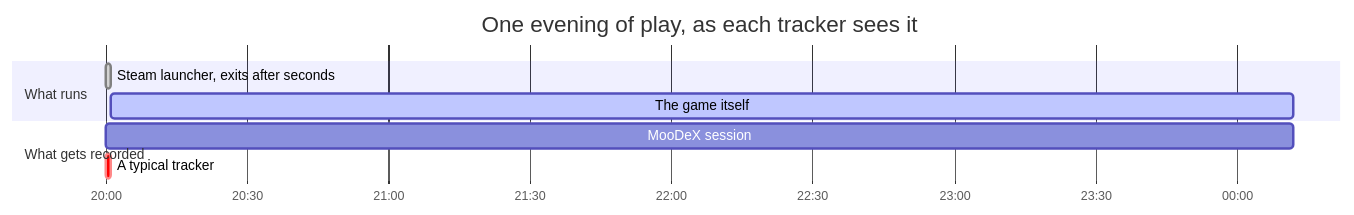
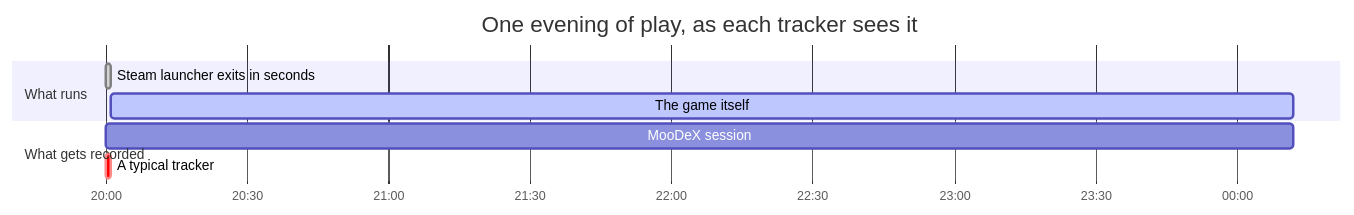
One commit to InoshMatheesha/MooDeX changed the first of 2 diagrams in README.md. Above: the diagram before and after it, drawn with Mermaid.

Commit message:
README: avoid a comma in a Mermaid task name

````diff
--- a/README.md
+++ b/README.md
@@ -65,12 +65,12 @@
 ```mermaid
 gantt
     title One evening of play, as each tracker sees it
     dateFormat HH:mm
     axisFormat %H:%M
     section What runs
-    Steam launcher, exits after seconds :done, a1, 20:00, 1m
+    Steam launcher exits in seconds     :done, a1, 20:00, 1m
     The game itself                     :active, a2, 20:01, 251m
     section What gets recorded
     MooDeX session                      :b1, 20:00, 252m
     A typical tracker                   :crit, b2, 20:00, 1m
 ```
````
